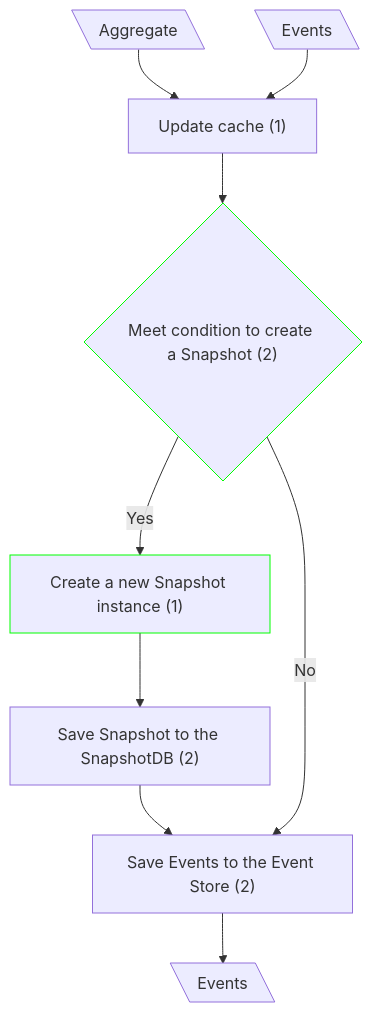
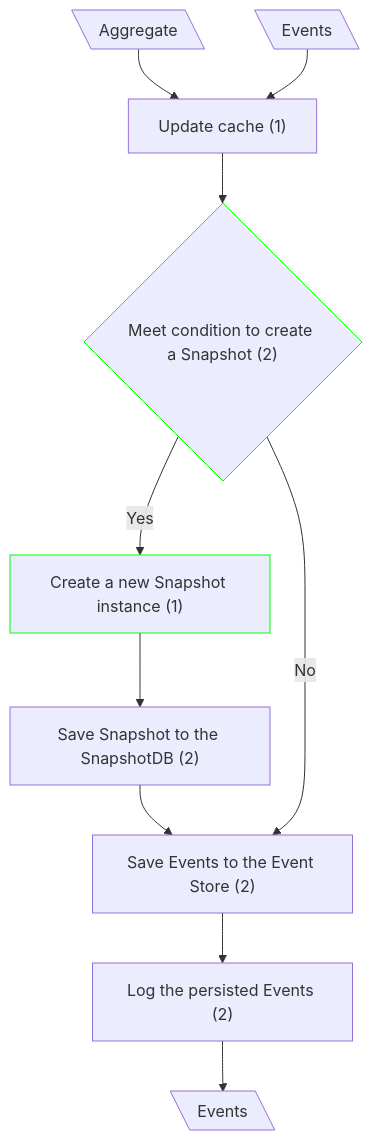
The seventh of 9 diagrams in docs/CF Complexity/update.md (dmitryhruzin/CQRS-variations-test), drawn with Mermaid before and after one commit. The commit also changed other lines of this file and 4 other files, not shown here.

Commit message:
docs: add infra calls to diagrams

````diff
--- a/docs/CF Complexity/update.md
+++ b/docs/CF Complexity/update.md
@@ -168,15 +174,16 @@
 ```mermaid
 flowchart TD
   classDef mod stroke:#0f0
   A1@{ shape: lean-l, label: "Aggregate" }
   A2@{ shape: lean-l, label: "Events" }
   A1 --> B["Update cache (1)"]
   A2 --> B
   B --> C{"Meet condition to create a Snapshot (2)"}:::mod
   C --Yes--> D["Create a new Snapshot instance (1)"]:::mod
   D --> E1["Save Snapshot to the SnapshotDB (2)"]
   E1 --> E2["Save Events to the Event Store (2)"]
   C --"No"--> E2
-  E2 --> F@{ shape: lean-l, label: "Events" }
+  E2 --> L["Log the persisted Events (2)"]
+  L --> F@{ shape: lean-l, label: "Events" }
 
 ```
````
